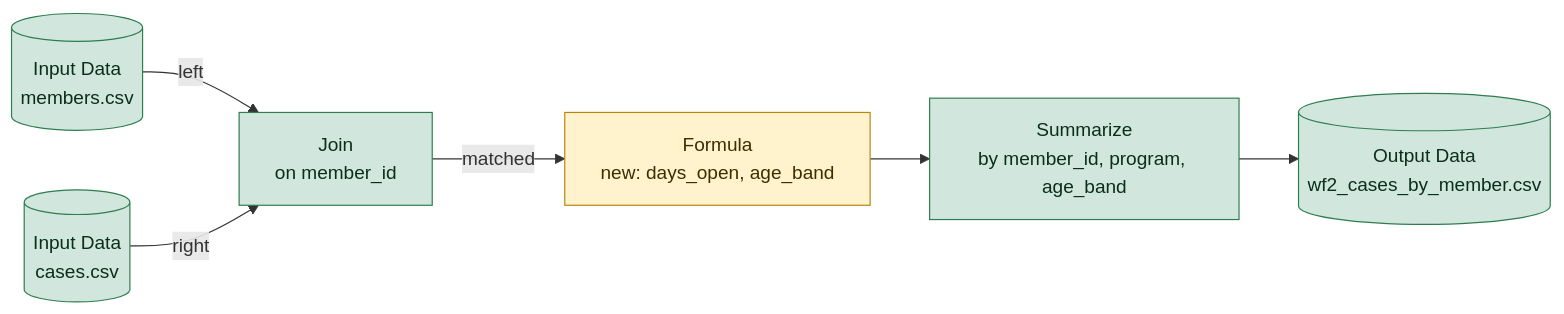
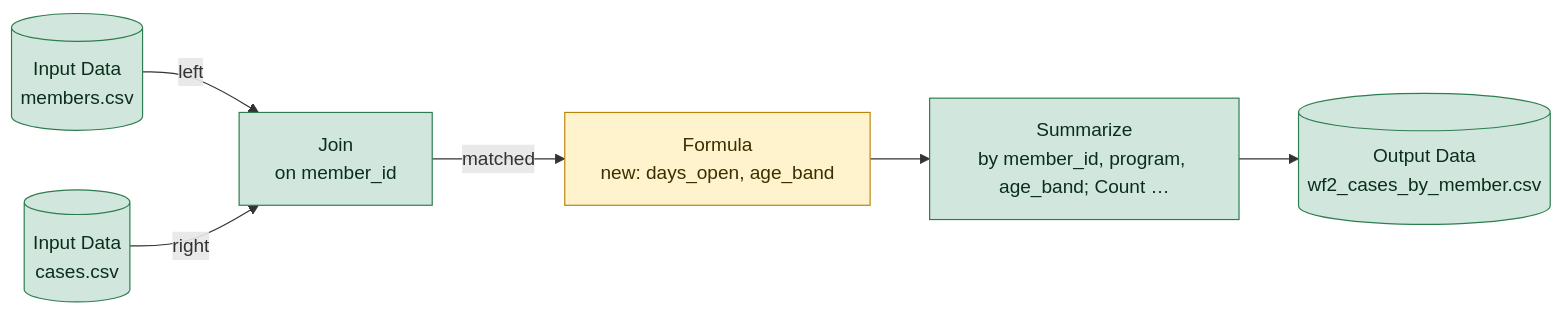
One commit to FaizaLag/alteryx-migration-analyzer changed the diagram in outputs/lineage/wf2_cases_by_member.md. Above: the diagram before and after it, drawn with Mermaid. The commit also changed 8 other files, not shown here.

````diff
--- a/outputs/lineage/wf2_cases_by_member.md
+++ b/outputs/lineage/wf2_cases_by_member.md
@@ -5,20 +5,20 @@
 ```mermaid
 flowchart LR
     t1[("Input Data<br/>members.csv")]
     t2[("Input Data<br/>cases.csv")]
     t3["Join<br/>on member_id"]
     t4["Formula<br/>new: days_open, age_band"]
-    t5["Summarize<br/>by member_id, program, age_band"]
+    t5["Summarize<br/>by member_id, program, age_band; Count …"]
     t6[("Output Data<br/>wf2_cases_by_member.csv")]
     t1 -->|left| t3
     t2 -->|right| t3
     t3 -->|matched| t4
     t4 --> t5
     t5 --> t6
     classDef high fill:#f8d7da,stroke:#b02a37,color:#3d0a10
     classDef medium fill:#fff3cd,stroke:#b8860b,color:#3d2e00
     class t4 medium
     classDef low fill:#d1e7dd,stroke:#2e7d4f,color:#0b2e1c
     class t1,t2,t3,t5,t6 low
     classDef none fill:#e9ecef,stroke:#6c757d,color:#212529
 ```
````
